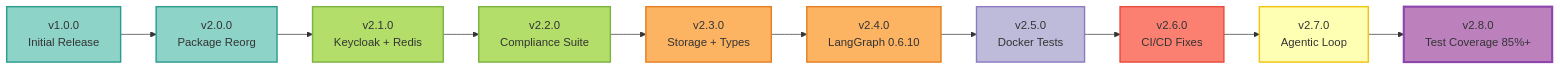
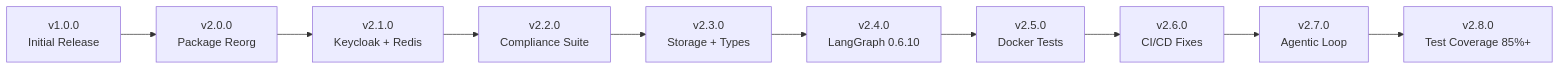
The diagram in docs/releases/overview.mdx (vishnu2kmohan/mcp-server-langgraph), drawn with Mermaid before and after one commit. The commit also changed 11 other files, not shown here.

First line of the commit message:
docs: modernize Mermaid diagrams to follow 2025 best practices

````diff
--- a/docs/releases/overview.mdx
+++ b/docs/releases/overview.mdx
@@ -94,24 +94,15 @@
 ```mermaid
 flowchart LR
     V1[v1.0.0<br/>Initial Release] --> V2[v2.0.0<br/>Package Reorg]
     V2 --> V21[v2.1.0<br/>Keycloak + Redis]
     V21 --> V22[v2.2.0<br/>Compliance Suite]
     V22 --> V23[v2.3.0<br/>Storage + Types]
     V23 --> V24[v2.4.0<br/>LangGraph 0.6.10]
     V24 --> V25[v2.5.0<br/>Docker Tests]
     V25 --> V26[v2.6.0<br/>CI/CD Fixes]
     V26 --> V27[v2.7.0<br/>Agentic Loop]
     V27 --> V28[v2.8.0<br/>Test Coverage 85%+]
 
     %% ColorBrewer2 Set3 palette - progressive version timeline
-    style V1 fill:#8dd3c7,stroke:#2a9d8f,stroke-width:2px,color:#333
-    style V2 fill:#8dd3c7,stroke:#2a9d8f,stroke-width:2px,color:#333
-    style V21 fill:#b3de69,stroke:#7cb342,stroke-width:2px,color:#333
-    style V22 fill:#b3de69,stroke:#7cb342,stroke-width:2px,color:#333
-    style V23 fill:#fdb462,stroke:#e67e22,stroke-width:2px,color:#333
-    style V24 fill:#fdb462,stroke:#e67e22,stroke-width:2px,color:#333
-    style V25 fill:#bebada,stroke:#8e7cc3,stroke-width:2px,color:#333
-    style V26 fill:#fb8072,stroke:#e74c3c,stroke-width:2px,color:#333
-    style V27 fill:#ffffb3,stroke:#f1c40f,stroke-width:2px,color:#333
-    style V28 fill:#bc80bd,stroke:#8e44ad,stroke-width:3px,color:#333
+
 ```
````
